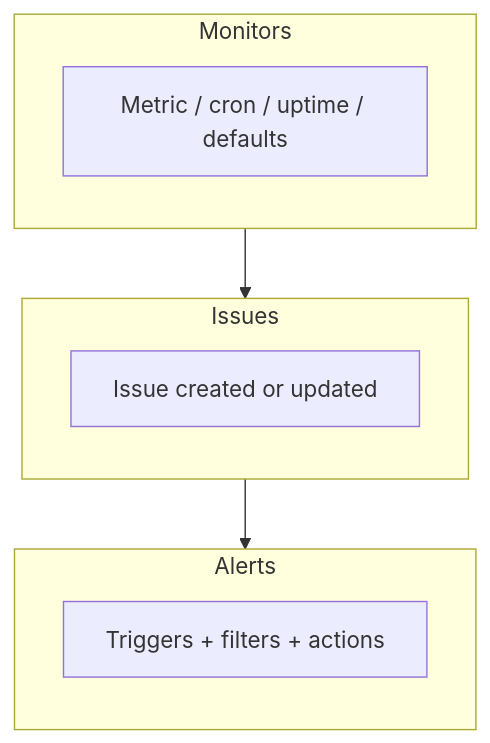
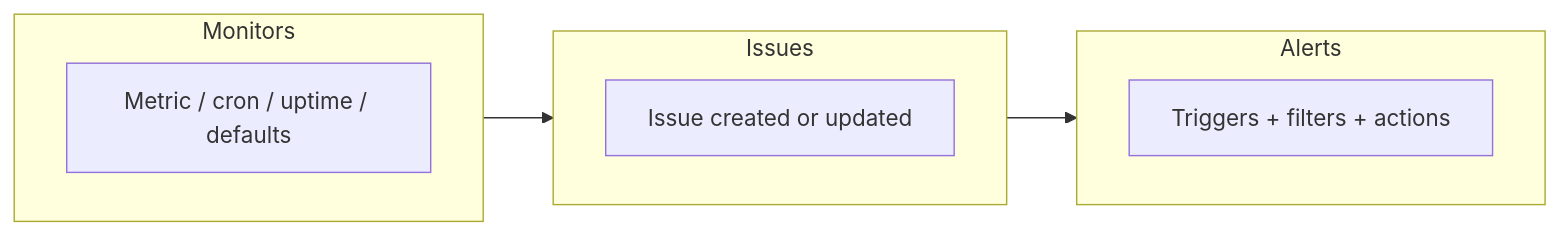
One commit to getsentry/sentry-docs changed the diagram in docs/product/monitors-and-alerts/index.mdx. Above: the diagram before and after it, drawn with Mermaid. The commit also changed other lines of this file and 1 other file, not shown here.

Commit message:
Updated flow chart and wording.

````diff
--- a/docs/product/monitors-and-alerts/index.mdx
+++ b/docs/product/monitors-and-alerts/index.mdx
@@ -23,17 +23,17 @@
 ```mermaid
-flowchart TB
+flowchart LR
   subgraph mon["Monitors"]
-    direction TB
+    direction LR
     M1[Metric / cron / uptime / defaults]
   end
   subgraph iss["Issues"]
-    direction TB
+    direction LR
     I[Issue created or updated]
   end
   subgraph al["Alerts"]
-    direction TB
+    direction LR
     A[Triggers + filters + actions]
   end
   mon --> iss
   iss --> al
 ```
````
